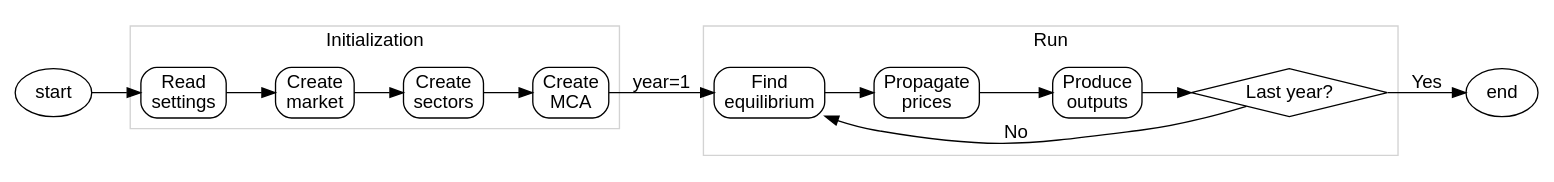
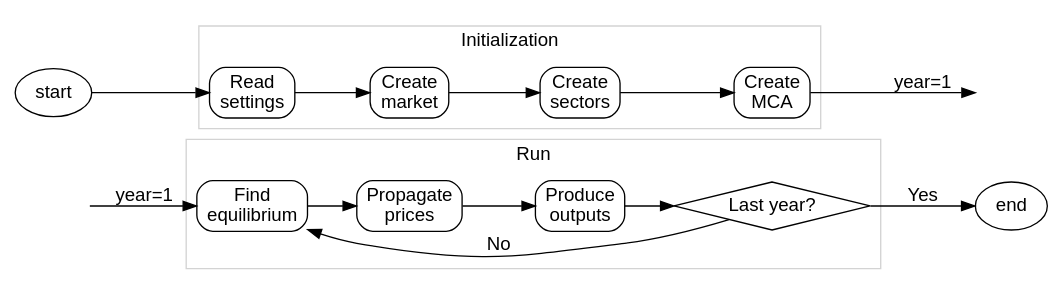
The first of 3 diagrams in docs/application-flow.rst (EnergySystemsModellingLab/MUSE_OS), drawn with Graphviz before and after one commit. The commit also changed other lines of this file, not shown here.

Commit message:
Add initial market chart

```diff
--- a/docs/application-flow.rst
+++ b/docs/application-flow.rst
@@ -11,39 +11,43 @@
 .. graphviz::
     :align: center
     :alt: High level sequence of steps in a MUSE simulation
 
     digraph top_level {
             fontname="Helvetica,Arial,sans-serif"
             node [fontname="Helvetica,Arial,sans-serif", shape=box, style=rounded]
             edge [fontname="Helvetica,Arial,sans-serif"]
             rankdir=LR
             clusterrank=local
             newrank=true
 
             {node [shape=""]; start; end;}
             settings [label="Read\nsettings"]
             market [label="Create\nmarket"]
             sectors [label="Create\nsectors"]
             mca [label="Create\nMCA"]
             run [label="Last year?", shape=diamond, style=""]
             equilibrium [label="Find\nequilibrium"]
             propagate [label="Propagate\nprices"]
             outputs [label="Produce\noutputs"]
+            {node [style="invis"]; int1; int2;}
+
 
             subgraph cluster_1 {
                 settings -> market -> sectors -> mca
                 label="Initialization"
                 color=lightgrey
             }
 
             subgraph cluster_2 {
                 equilibrium -> propagate -> outputs -> run
                 run -> equilibrium [label="No", constraint=false]
                 label="Run"
                 color=lightgrey
             }
 
             start -> settings
-            mca -> equilibrium [label="year=1"]
+            mca -> int1 [label="year=1"]
+            int2 -> equilibrium [label="year=1"]
             run -> end [label="Yes"]
+            start -> int2 [style="invis", constraint=false]
         }
```
